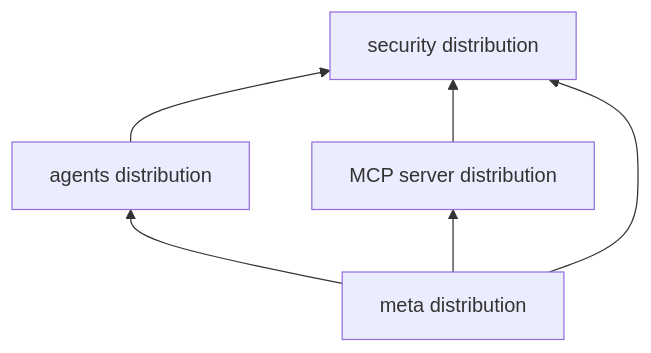
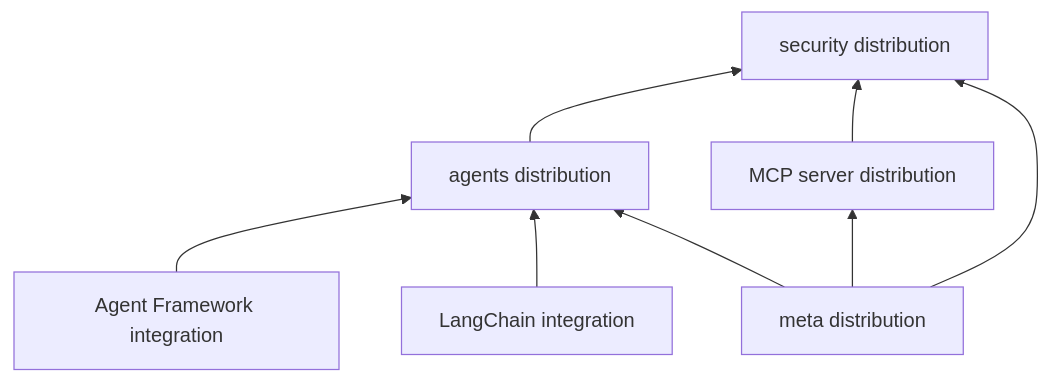
Before and after one commit to ygo74/ai-enterprise-agent-runtime: the diagram in spec/architecture/component-model.md, drawn with Mermaid. The commit also changed other lines of this file and 407 other files, not shown here.

````diff
--- a/spec/architecture/component-model.md
+++ b/spec/architecture/component-model.md
@@ -38,12 +39,16 @@
 ```mermaid
 flowchart BT
     Security[security distribution]
     Agents[agents distribution]
     Mcp[MCP server distribution]
+    AgentFramework[Agent Framework integration]
+    LangChain[LangChain integration]
     Meta[meta distribution]
     Agents --> Security
     Mcp --> Security
+    AgentFramework --> Agents
+    LangChain --> Agents
     Meta --> Agents
     Meta --> Mcp
     Meta --> Security
 ```
````
